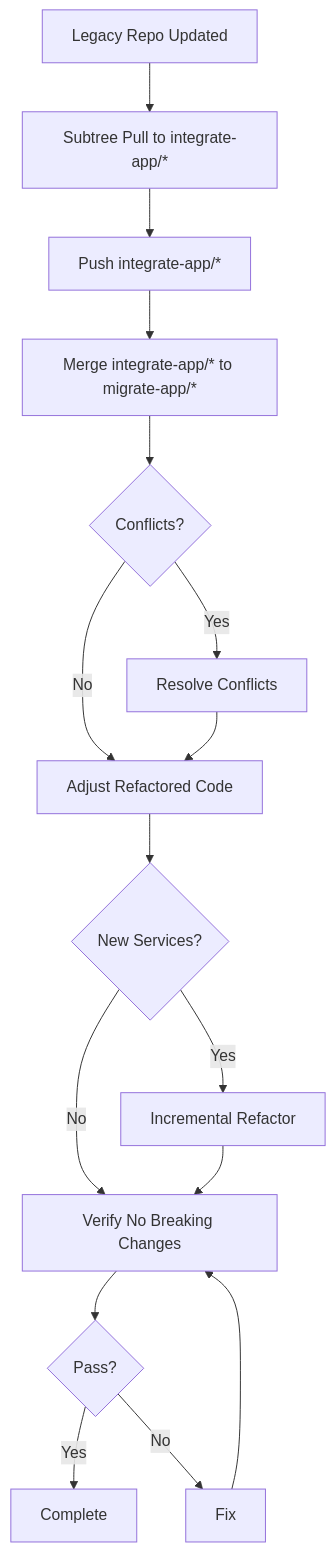
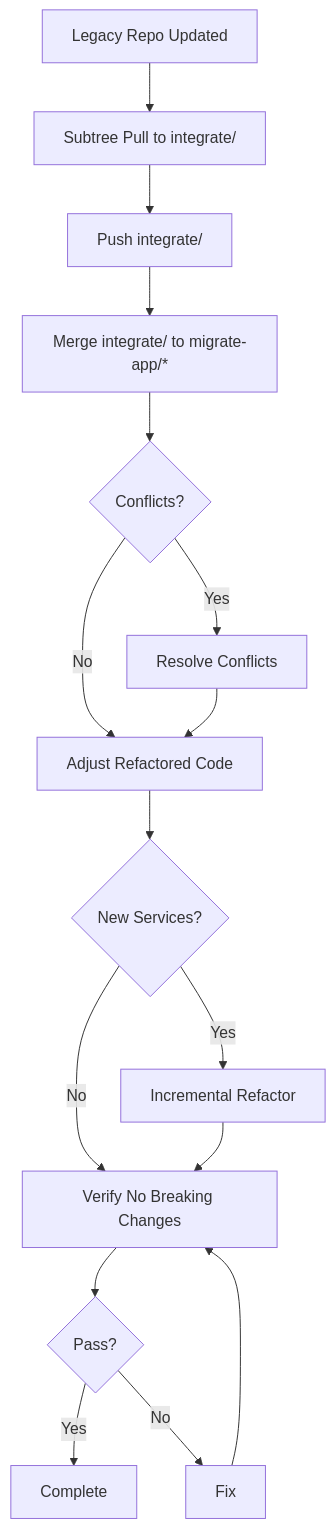
One commit to mahardikakdenie/.agent-skills changed the diagram in apps/admin-portal/docs/migration/service/legacy-update-routines.md. Above: the diagram before and after it, drawn with Mermaid. The commit also changed other lines of this file and 20 other files, not shown here.

````diff
--- a/apps/admin-portal/docs/migration/service/legacy-update-routines.md
+++ b/apps/admin-portal/docs/migration/service/legacy-update-routines.md
@@ -56,18 +56,18 @@
 ```mermaid
 flowchart TD
-    A[Legacy Repo Updated] --> B[Subtree Pull to integrate-app/*]
-    B --> C[Push integrate-app/*]
-    C --> D[Merge integrate-app/* to migrate-app/*]
+    A[Legacy Repo Updated] --> B[Subtree Pull to integrate/<APP_NAME>]
+    B --> C[Push integrate/<APP_NAME>]
+    C --> D[Merge integrate/<APP_NAME> to migrate-app/*]
     D --> E{Conflicts?}
     E -->|No| F[Adjust Refactored Code]
     E -->|Yes| G[Resolve Conflicts]
     G --> F
     F --> H{New Services?}
     H -->|Yes| I[Incremental Refactor]
     H -->|No| J[Verify No Breaking Changes]
     I --> J
     J --> K{Pass?}
     K -->|Yes| L[Complete]
     K -->|No| M[Fix]
     M --> J
 ```
````
